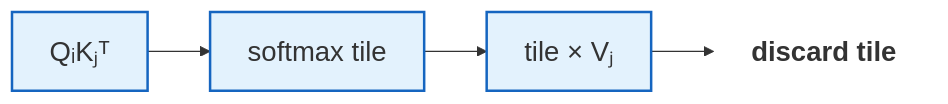
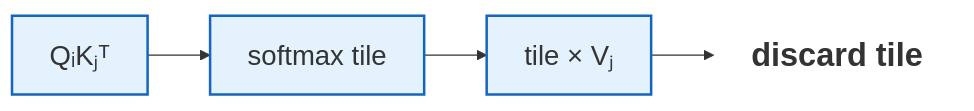
The third of 4 diagrams in _posts/2026-09-13-flashattention.md (chizkidd/chizkidd.github.io), drawn with Mermaid before and after one commit. The commit also changed other lines of this file, not shown here.

```diff
--- a/_posts/2026-09-13-flashattention.md
+++ b/_posts/2026-09-13-flashattention.md
@@ -359,12 +359,12 @@
 <div class="mermaid" style="margin: 2rem 0;">
 flowchart LR
     QK["QᵢKⱼᵀ"] --> Softmax["softmax tile"]
     Softmax --> PV["tile × Vⱼ"]
     PV --> Discard["discard tile"]
 
     classDef boxed fill:#e3f2fd,stroke:#1565c0,stroke-width:2px,font-size:22px
-    classDef plain fill:none,stroke:none,font-size:22px,font-weight:bold
+    classDef plain fill:none,stroke:none,font-size:26px,font-weight:bold
 
     class QK,Softmax,PV boxed
     class Discard plain
 </div>
```
